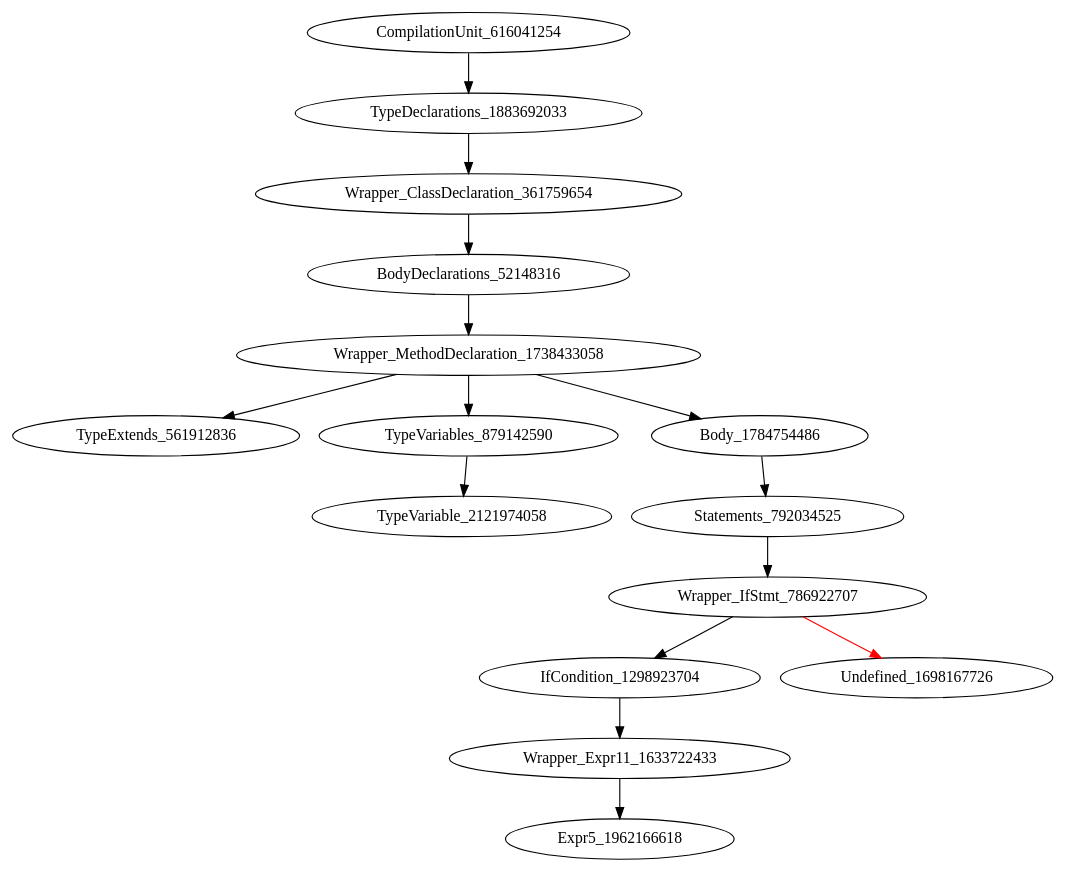
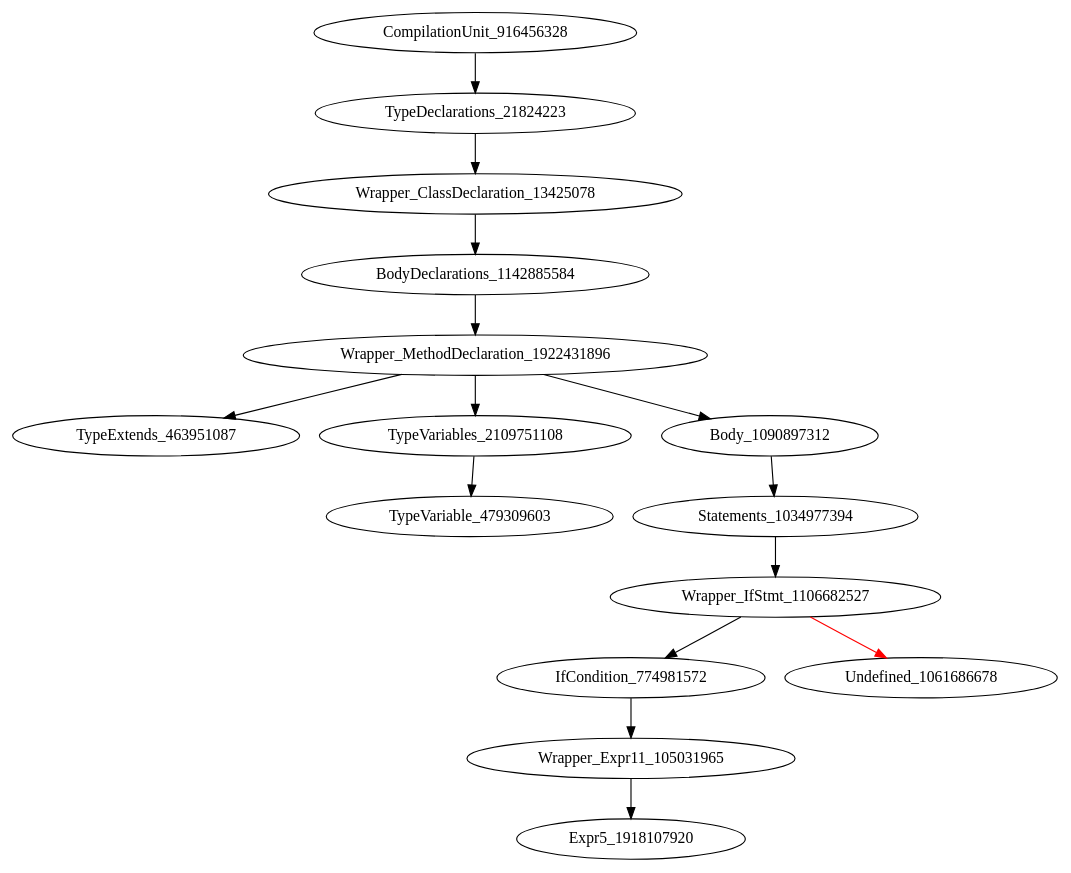
One commit to icse2023material/VoiceJava changed the diagram in holeAST.dot. Above: the diagram before and after it, drawn with Graphviz. The commit also changed 13 other files, not shown here.

```diff
--- a/holeAST.dot
+++ b/holeAST.dot
@@ -1,16 +1,16 @@
 digraph {
-CompilationUnit_616041254 -> TypeDeclarations_1883692033
-TypeDeclarations_1883692033 -> Wrapper_ClassDeclaration_361759654
-Wrapper_ClassDeclaration_361759654 -> BodyDeclarations_52148316
-BodyDeclarations_52148316 -> Wrapper_MethodDeclaration_1738433058
-Wrapper_MethodDeclaration_1738433058 -> TypeExtends_561912836
-Wrapper_MethodDeclaration_1738433058 -> TypeVariables_879142590
-Wrapper_MethodDeclaration_1738433058 -> Body_1784754486
-TypeVariables_879142590 -> TypeVariable_2121974058
-Body_1784754486 -> Statements_792034525
-Statements_792034525 -> Wrapper_IfStmt_786922707
-Wrapper_IfStmt_786922707 -> IfCondition_1298923704
-Wrapper_IfStmt_786922707 -> Undefined_1698167726 [color = red] 
-IfCondition_1298923704 -> Wrapper_Expr11_1633722433
-Wrapper_Expr11_1633722433 -> Expr5_1962166618
+CompilationUnit_916456328 -> TypeDeclarations_21824223
+TypeDeclarations_21824223 -> Wrapper_ClassDeclaration_13425078
+Wrapper_ClassDeclaration_13425078 -> BodyDeclarations_1142885584
+BodyDeclarations_1142885584 -> Wrapper_MethodDeclaration_1922431896
+Wrapper_MethodDeclaration_1922431896 -> TypeExtends_463951087
+Wrapper_MethodDeclaration_1922431896 -> TypeVariables_2109751108
+Wrapper_MethodDeclaration_1922431896 -> Body_1090897312
+TypeVariables_2109751108 -> TypeVariable_479309603
+Body_1090897312 -> Statements_1034977394
+Statements_1034977394 -> Wrapper_IfStmt_1106682527
+Wrapper_IfStmt_1106682527 -> IfCondition_774981572
+Wrapper_IfStmt_1106682527 -> Undefined_1061686678 [color = red] 
+IfCondition_774981572 -> Wrapper_Expr11_105031965
+Wrapper_Expr11_105031965 -> Expr5_1918107920
 }
```
